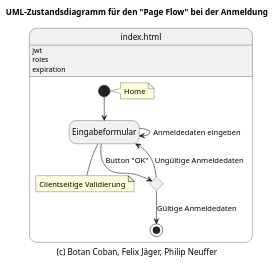
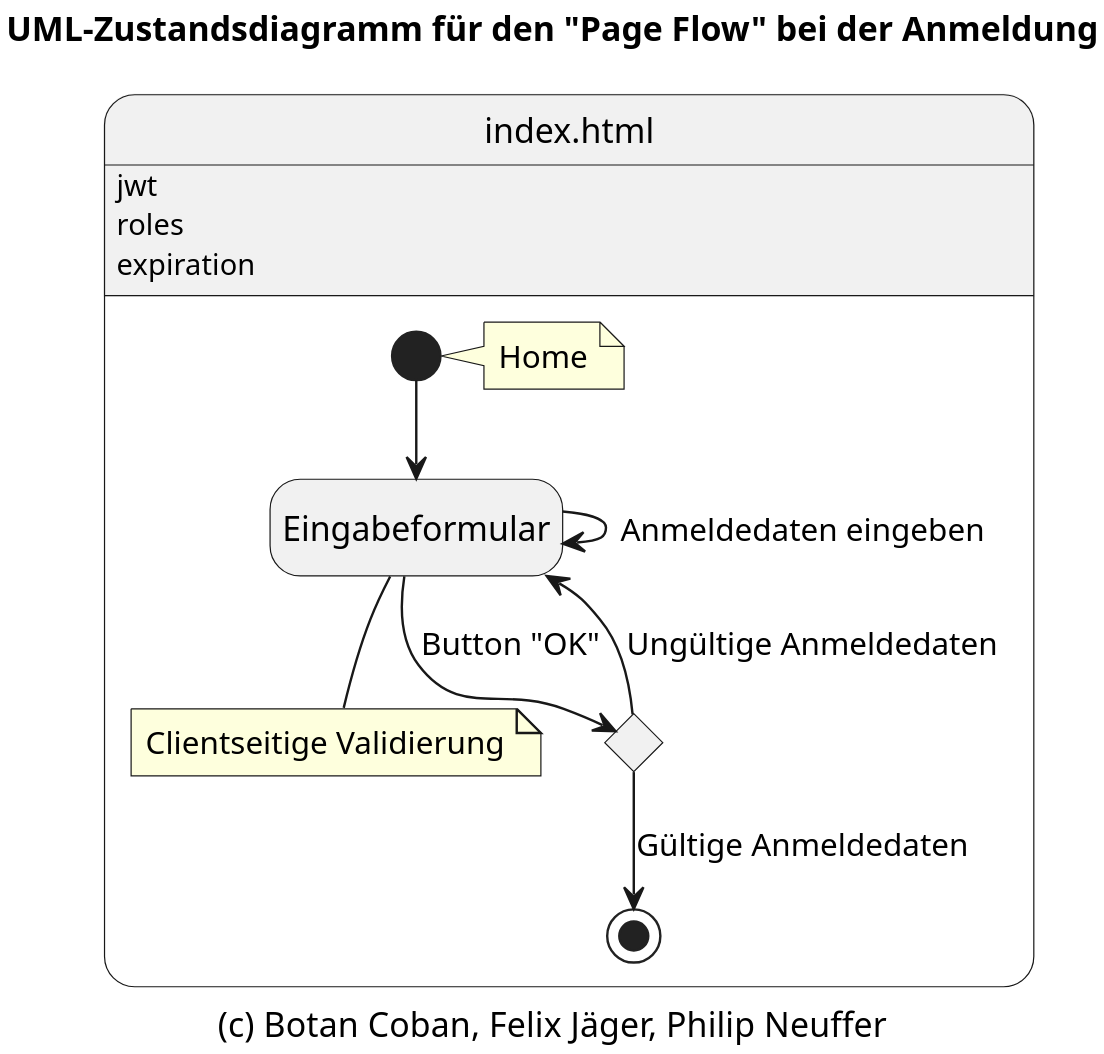
One commit to rirag12345/SWE-Abgabe-2-Gruppe-1 changed the diagram in extras/docs/anmeldung.puml. Above: the diagram before and after it, drawn with PlantUML. The commit also changed 6 other files, not shown here.

Commit message:
chore: update .gitignore and add DPI parameter to UML diagrams for improved clarity

```diff
--- a/extras/docs/anmeldung.puml
+++ b/extras/docs/anmeldung.puml
@@ -1,27 +1,28 @@
 @startuml anmeldung
+skinparam Dpi 400
 
 hide empty description
 
 title UML-Zustandsdiagramm für den "Page Flow" bei der Anmeldung
 caption (c) Botan Coban, Felix Jäger, Philip Neuffer
 
 state "index.html" as index {
 index : jwt
 index : roles
 index : expiration
 
 [*] --> Eingabeformular
 note "Home" as note
 [*] -right-> note
 Eingabeformular --> Eingabeformular : Anmeldedaten eingeben
 note "Clientseitige Validierung" as note2
 Eingabeformular --> note2
 
 state c <<choice>>
 Eingabeformular --> c : Button "OK"
 c -up-> Eingabeformular: Ungültige Anmeldedaten
 
 c --> [*]: Gültige Anmeldedaten
 }
 
 @enduml
```
